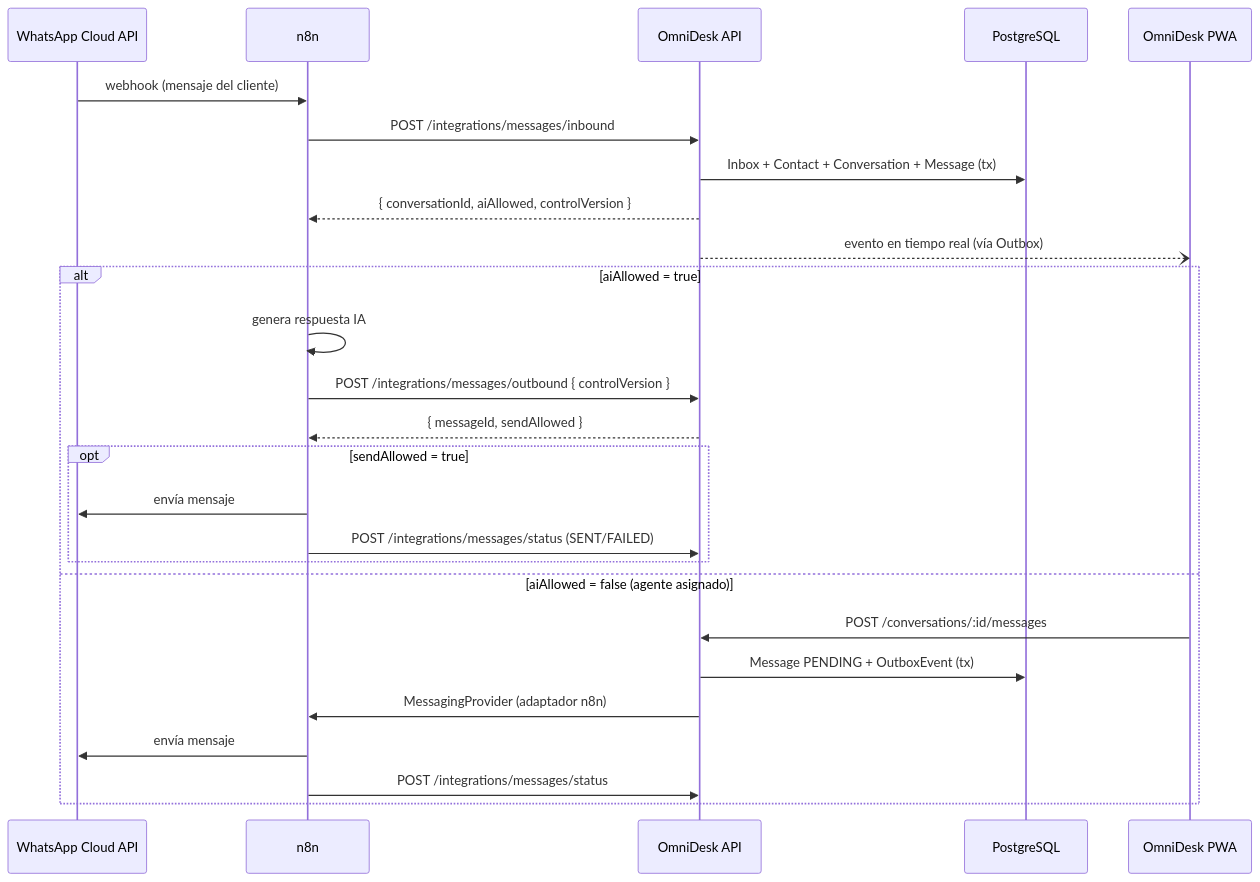
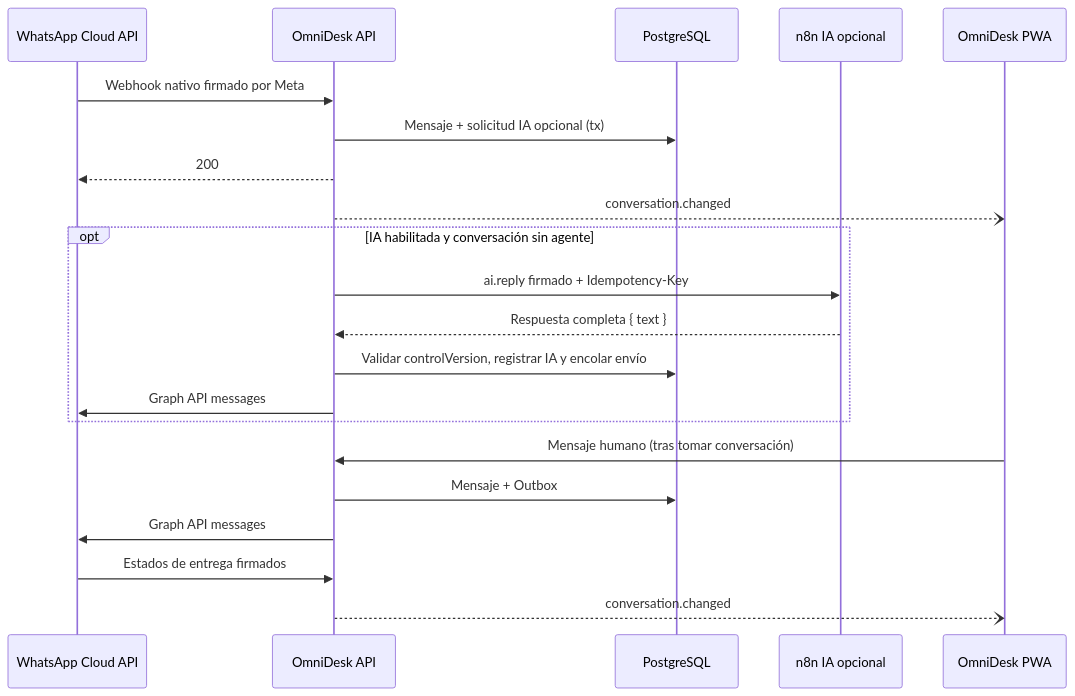
Before and after one commit to inerhead/OmniDesk: the first of 2 diagrams in docs/arquitectura.md, drawn with Mermaid. The commit also changed other lines of this file and 57 other files, not shown here.

````diff
--- a/docs/arquitectura.md
+++ b/docs/arquitectura.md
@@ -98,29 +98,23 @@
 ```mermaid
 sequenceDiagram
     participant WA as WhatsApp Cloud API
-    participant N8N as n8n
     participant API as OmniDesk API
     participant DB as PostgreSQL
+    participant N8N as n8n IA opcional
     participant PWA as OmniDesk PWA
-
-    WA->>N8N: webhook (mensaje del cliente)
-    N8N->>API: POST /integrations/messages/inbound
-    API->>DB: Inbox + Contact + Conversation + Message (tx)
-    API-->>N8N: { conversationId, aiAllowed, controlVersion }
-    API--)PWA: evento en tiempo real (vía Outbox)
-    alt aiAllowed = true
-        N8N->>N8N: genera respuesta IA
-        N8N->>API: POST /integrations/messages/outbound { controlVersion }
-        API-->>N8N: { messageId, sendAllowed }
-        opt sendAllowed = true
-            N8N->>WA: envía mensaje
-            N8N->>API: POST /integrations/messages/status (SENT/FAILED)
-        end
-    else aiAllowed = false (agente asignado)
-        PWA->>API: POST /conversations/:id/messages
-        API->>DB: Message PENDING + OutboxEvent (tx)
-        API->>N8N: MessagingProvider (adaptador n8n)
-        N8N->>WA: envía mensaje
-        N8N->>API: POST /integrations/messages/status
+    WA->>API: Webhook nativo firmado por Meta
+    API->>DB: Mensaje + solicitud IA opcional (tx)
+    API-->>WA: 200
+    API--)PWA: conversation.changed
+    opt IA habilitada y conversación sin agente
+        API->>N8N: ai.reply firmado + Idempotency-Key
+        N8N-->>API: Respuesta completa { text }
+        API->>DB: Validar controlVersion, registrar IA y encolar envío
+        API->>WA: Graph API messages
     end
+    PWA->>API: Mensaje humano (tras tomar conversación)
+    API->>DB: Mensaje + Outbox
+    API->>WA: Graph API messages
+    WA->>API: Estados de entrega firmados
+    API--)PWA: conversation.changed
 ```
````
